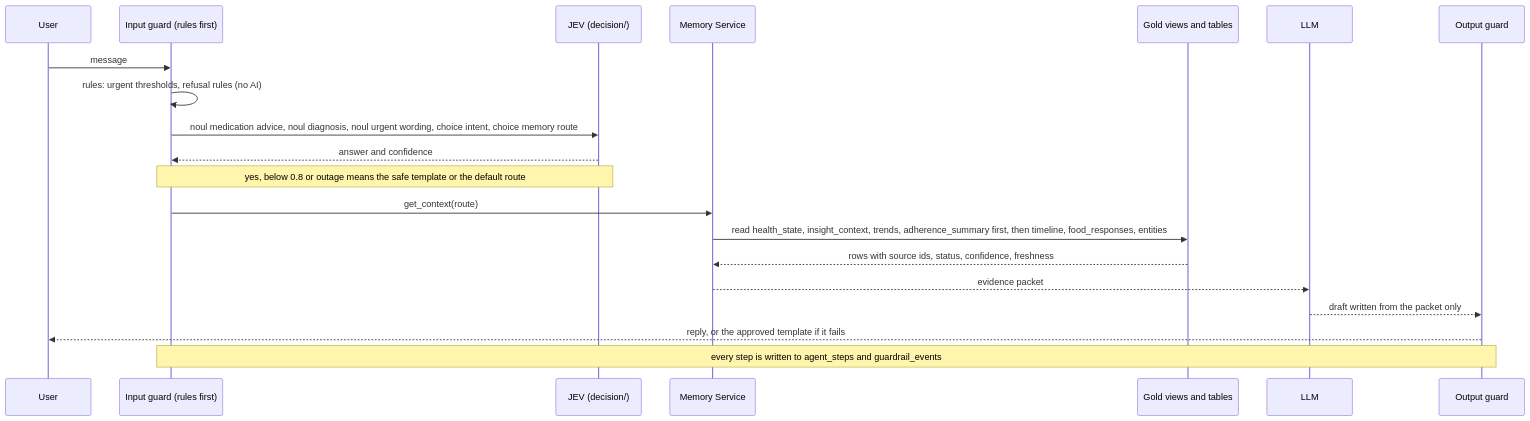
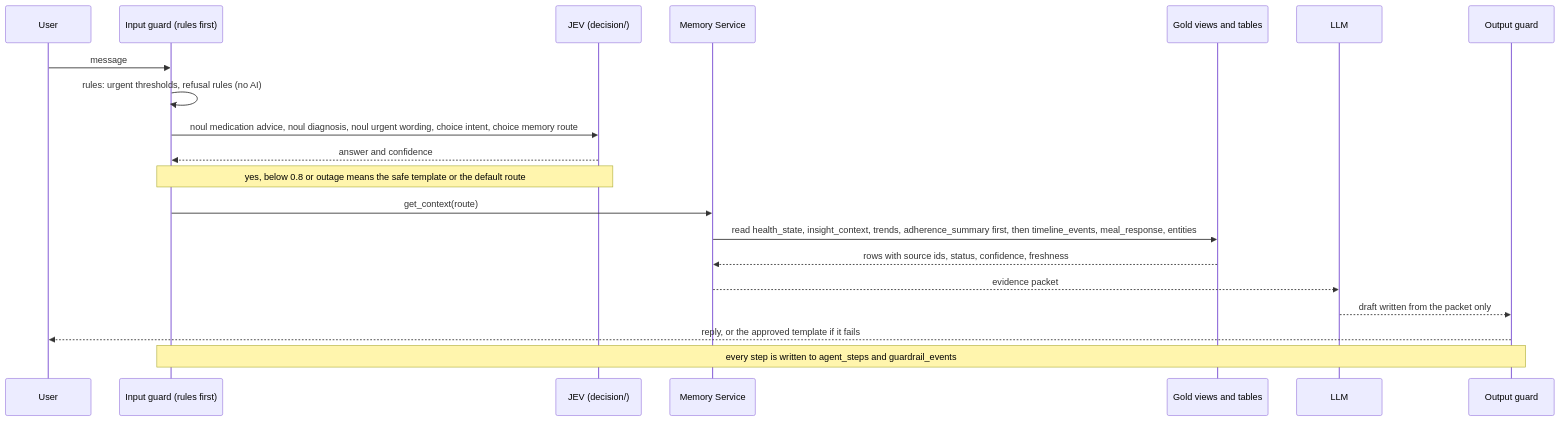
The second of 3 diagrams in docs/specs/data-flow.md (hongyeeet/smart-health), drawn with Mermaid before and after one commit. The commit also changed other lines of this file and 18 other files, not shown here.

First line of the commit message:
docs: learning-loop spec, architecture diagram, reviewer sheet, scripts, env example

````diff
--- a/docs/specs/data-flow.md
+++ b/docs/specs/data-flow.md
@@ -119,23 +142,23 @@
 ```mermaid
 sequenceDiagram
   participant U as User
   participant G as Input guard (rules first)
   participant J as JEV (decision/)
   participant M as Memory Service
   participant V as Gold views and tables
   participant L as LLM
   participant O as Output guard
 
   U->>G: message
   G->>G: rules: urgent thresholds, refusal rules (no AI)
   G->>J: noul medication advice, noul diagnosis, noul urgent wording, choice intent, choice memory route
   J-->>G: answer and confidence
   Note over G,J: yes, below 0.8 or outage means the safe template or the default route
   G->>M: get_context(route)
-  M->>V: read health_state, insight_context, trends, adherence_summary first, then timeline, food_responses, entities
+  M->>V: read health_state, insight_context, trends, adherence_summary first, then timeline_events, meal_response, entities
   V-->>M: rows with source ids, status, confidence, freshness
   M-->>L: evidence packet
   L-->>O: draft written from the packet only
   O-->>U: reply, or the approved template if it fails
   Note over G,O: every step is written to agent_steps and guardrail_events
 ```
````
